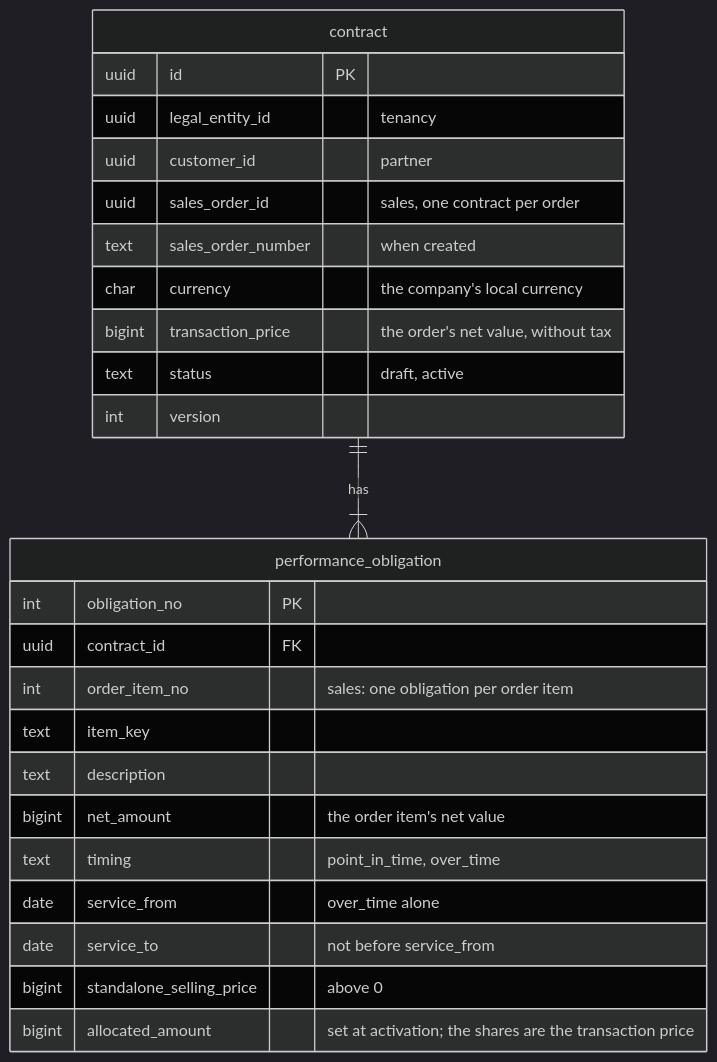
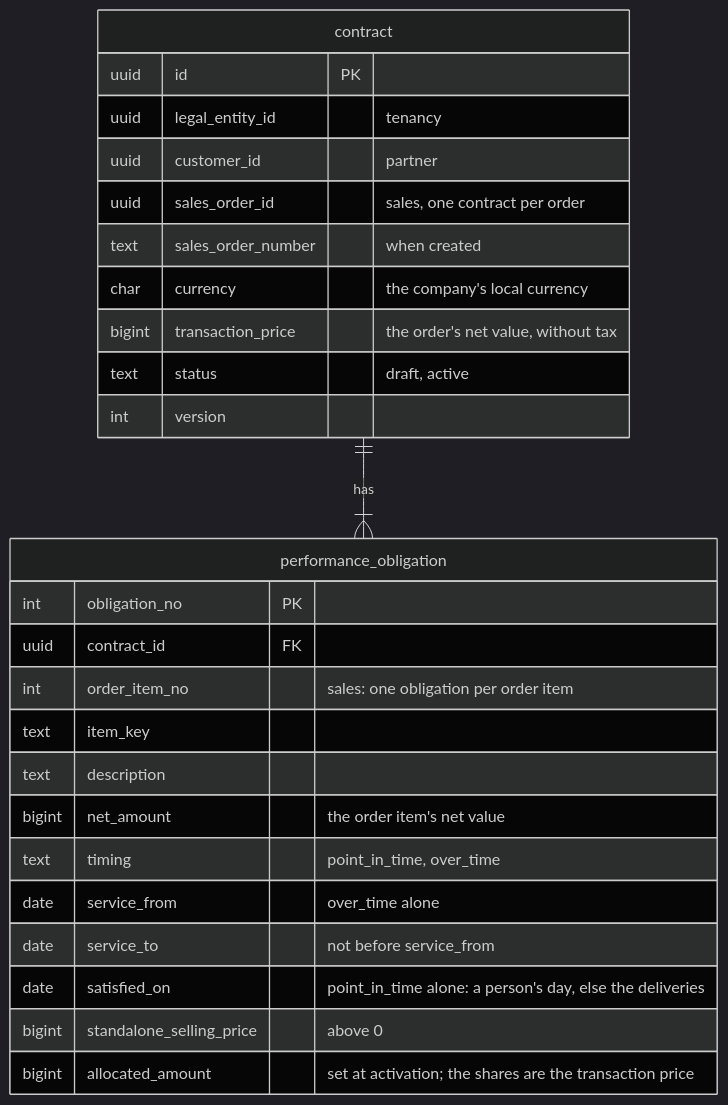
Before and after one commit to mustie7iy/agentic-erp: diagram 18 of 18 in docs/design/03-data-model.md, drawn with Mermaid (dark theme). The commit also changed other lines of this file and 36 other files, not shown here.

````diff
--- a/docs/design/03-data-model.md
+++ b/docs/design/03-data-model.md
@@ -4837,24 +4842,25 @@
 ```mermaid
 erDiagram
   contract ||--|{ performance_obligation : "has"
   contract { uuid id PK
     uuid legal_entity_id "tenancy"
     uuid customer_id "partner"
     uuid sales_order_id "sales, one contract per order"
     text sales_order_number "when created"
     char currency "the company's local currency"
     bigint transaction_price "the order's net value, without tax"
     text status "draft, active"
     int version }
   performance_obligation { int obligation_no PK
     uuid contract_id FK
     int order_item_no "sales: one obligation per order item"
     text item_key
     text description
     bigint net_amount "the order item's net value"
     text timing "point_in_time, over_time"
     date service_from "over_time alone"
     date service_to "not before service_from"
+    date satisfied_on "point_in_time alone: a person's day, else the deliveries"
     bigint standalone_selling_price "above 0"
     bigint allocated_amount "set at activation; the shares are the transaction price" }
 ```
````
